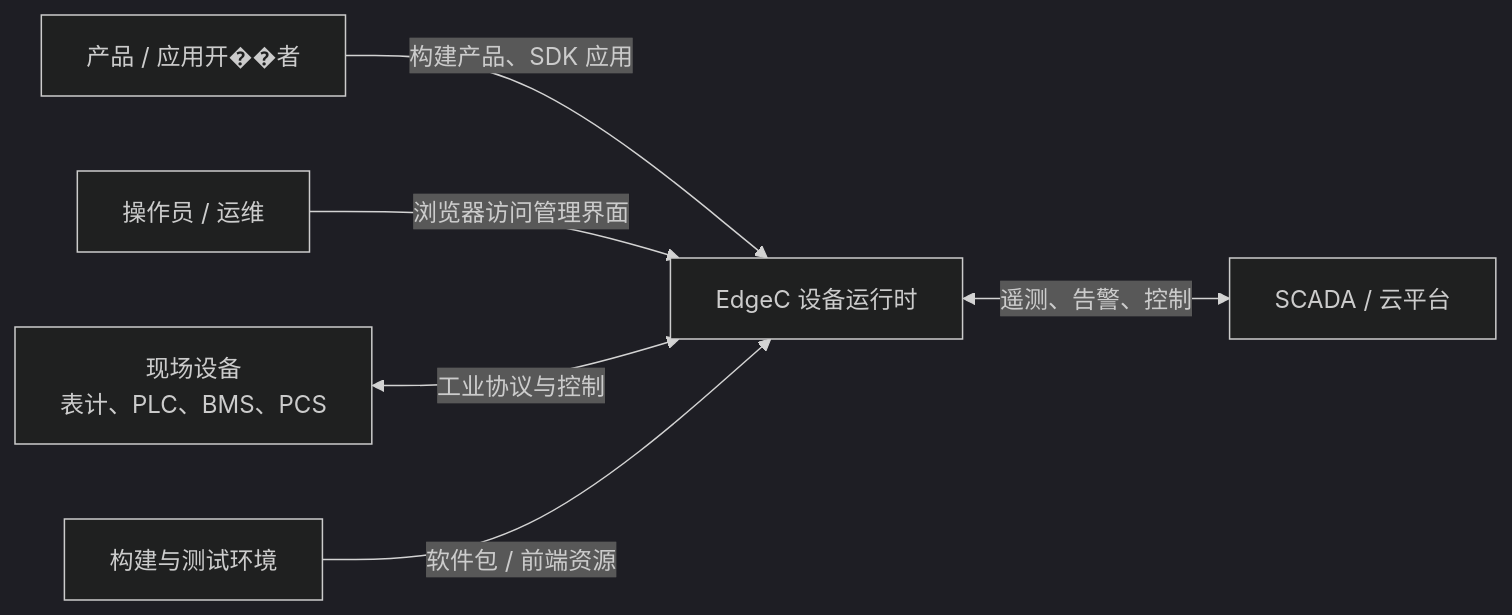
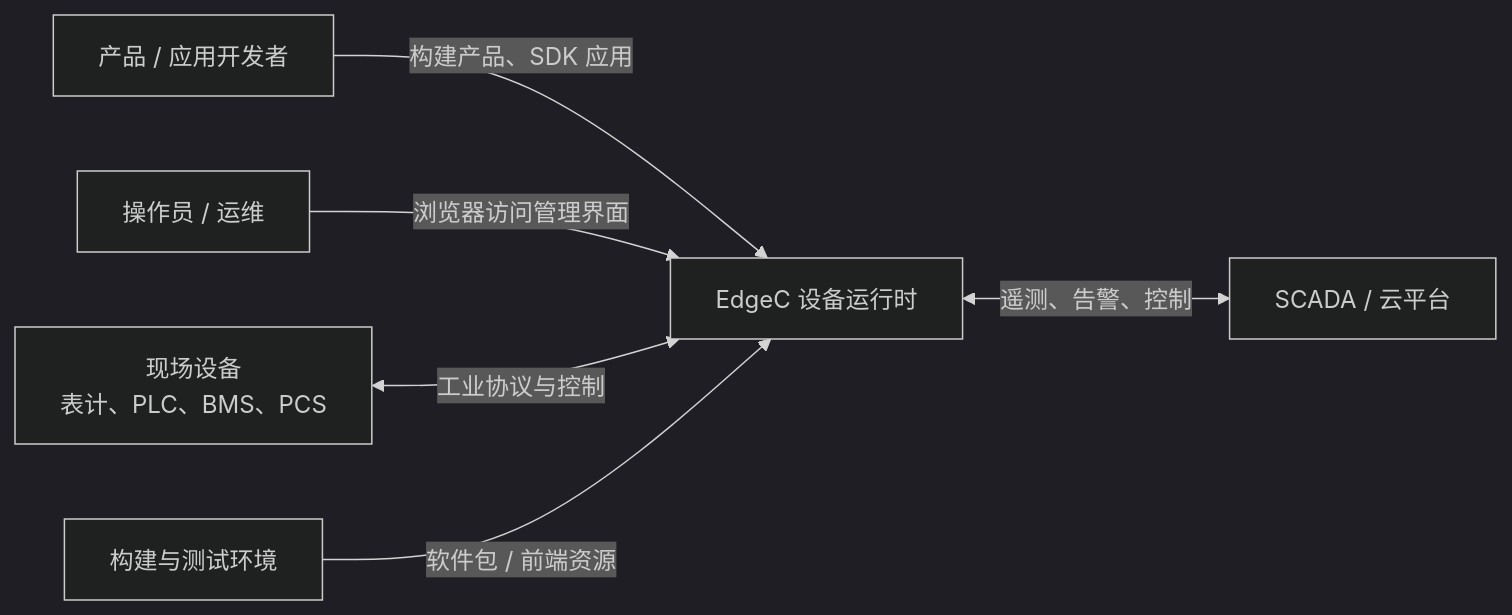
The first of 7 diagrams in README.md (cautonwong/EdgeC), drawn with Mermaid (dark theme) before and after one commit. The commit also changed other lines of this file, not shown here.

````diff
--- a/README.md
+++ b/README.md
@@ -13,8 +13,8 @@
 ```mermaid
 graph LR
-    Dev[产品 / 应用开��者] -->|构建产品、SDK 应用| EdgeC[EdgeC 设备运行时]
+    Dev[产品 / 应用开发者] -->|构建产品、SDK 应用| EdgeC[EdgeC 设备运行时]
     Operator[操作员 / 运维] -->|浏览器访问管理界面| EdgeC
     Field[现场设备<br/>表计、PLC、BMS、PCS] <-->|工业协议与控制| EdgeC
     EdgeC <-->|遥测、告警、控制| Platform[SCADA / 云平台]
     CI[构建与测试环境] -->|软件包 / 前端资源| EdgeC
 ```
````
